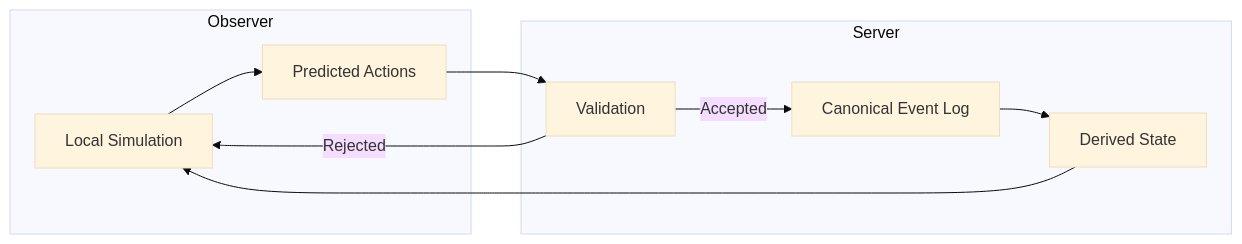
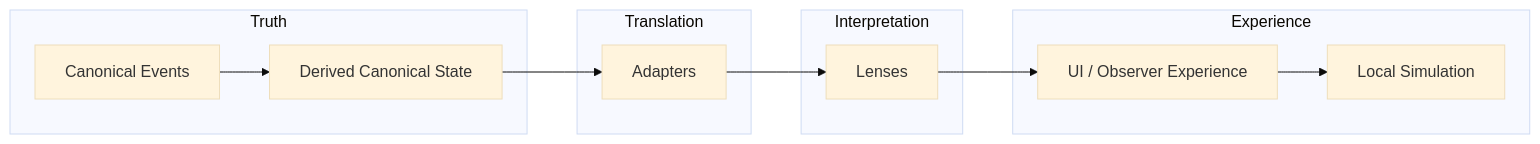
One commit to godofthunder101/crypsa-architecture changed the diagram in CrypSA_in_5_minutes.md. Above: the diagram before and after it, drawn with Mermaid (base theme). The commit also changed other lines of this file, not shown here.

`````diff
--- a/CrypSA_in_5_minutes.md
+++ b/CrypSA_in_5_minutes.md
@@ -26,24 +26,27 @@
 ```mermaid
 flowchart LR
 
-subgraph Observer
-A[Local Simulation]
-B[Predicted Actions]
+subgraph Truth
+A[Canonical Events]
+B[Derived Canonical State]
 end
 
-subgraph Server
-C[Validation]
-D[Canonical Event Log]
-E[Derived State]
+subgraph Translation
+C[Adapters]
+end
+
+subgraph Interpretation
+D[Lenses]
+end
+
+subgraph Experience
+E[UI / Observer Experience]
+F[Local Simulation]
 end
 
 A --> B
 B --> C
-
-C -->|Accepted| D
-C -->|Rejected| A
-
+C --> D
 D --> E
-E --> A
-
+E --> F
 ````
`````
